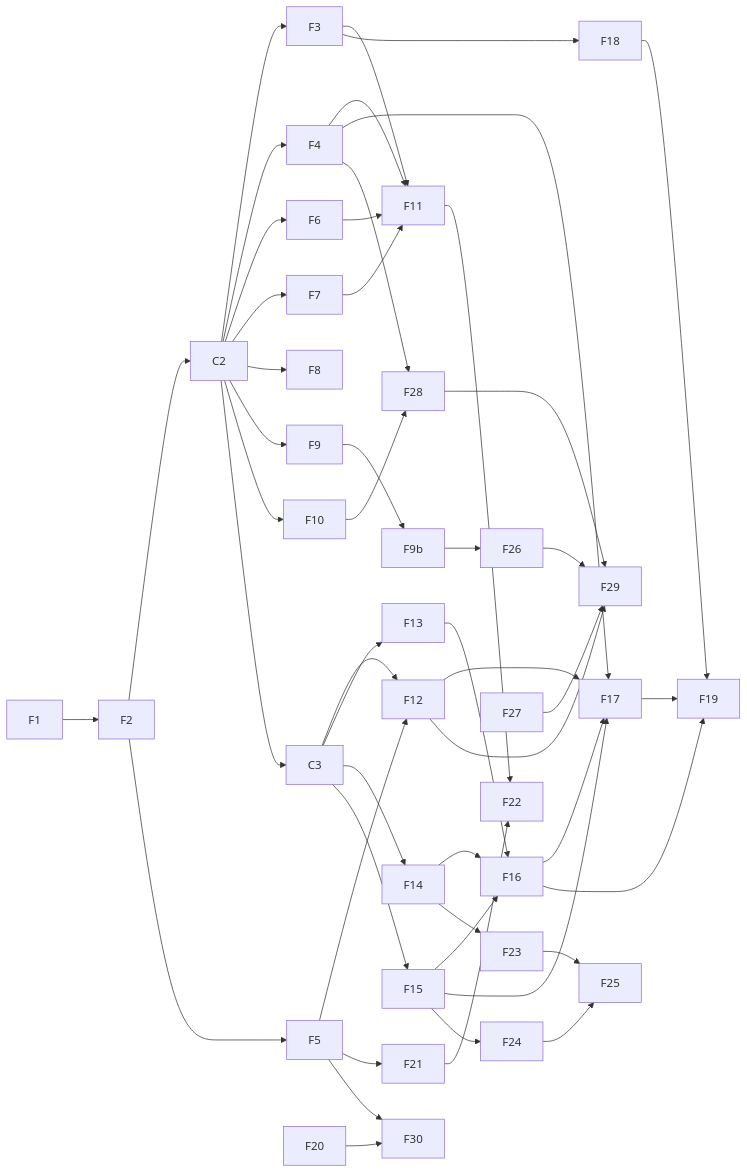
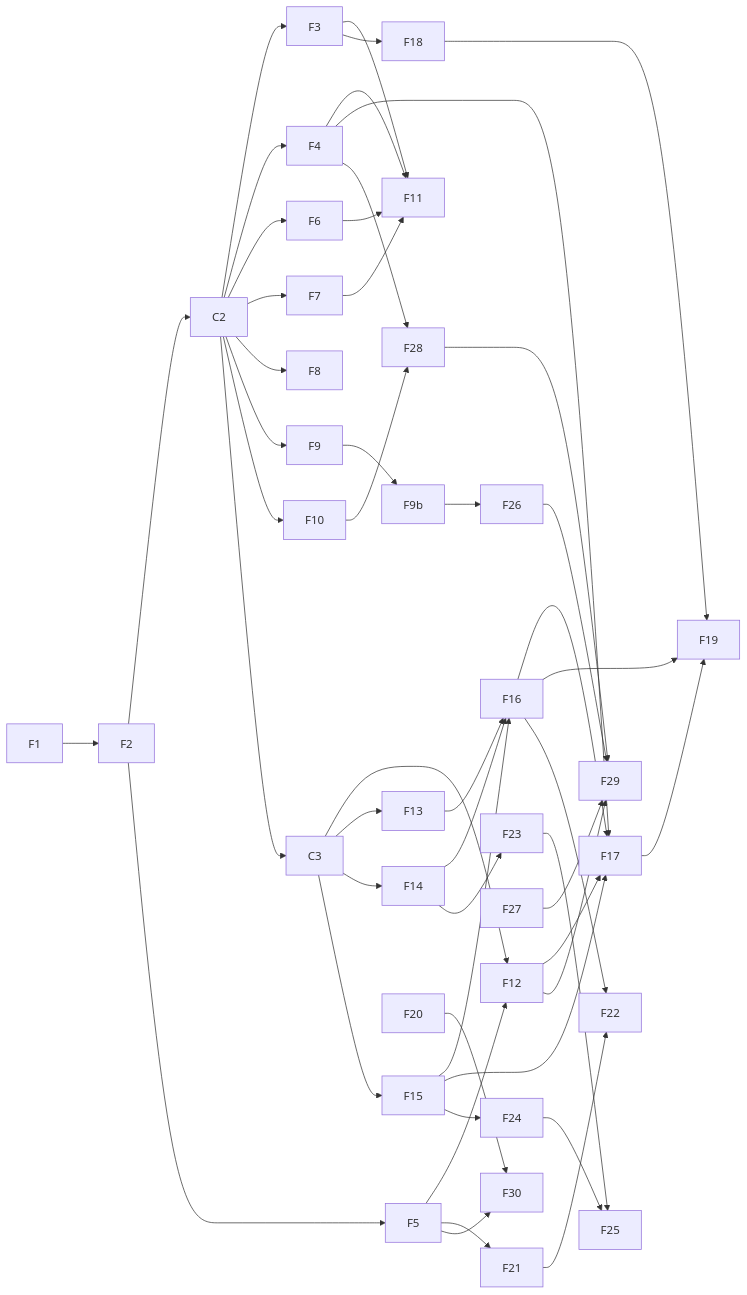
Before and after one commit to tallen12/contcheck: the diagram in design-docs/feature-plan.md, drawn with Mermaid. The commit also changed other lines of this file and 2 other files, not shown here.

Commit message:
docs(training): plan pretraining plus verified LLM-error fine-tuning
Replace the 70/30 rule/LLM data mix and corpus-wide LLM correction with two
training stages (design-docs/training-stages.md):

- Stage 1 pretrains on rule corruptions of mostly clean text, leaning on the
  generated story sources, without correcting the training split.
- Only the val and test documents are corrected before corruption, so
  measured precision is meaningful; splits hash doc_id, so they are known
  from the raw corpus.
- Stage 2 fine-tunes from the stage-1 checkpoint on a few thousand verified
  LLM-written errors with stage-1 replay, then optionally on judge-checked
  hard examples as supervised labels.

The doc records why RL with an LLM judge was rejected: per-word labels give
more signal, on-policy judging costs more LLM calls, and a flag-only judge
rewards flagging less. The implementation plan (1c, 3d, ablations, M5) and
F22 in the feature plan now point to the new stages.

````diff
--- a/design-docs/feature-plan.md
+++ b/design-docs/feature-plan.md
@@ -217,25 +217,25 @@
 ```mermaid
 flowchart LR
   F1 --> F2
   F2 --> C2
   C2 --> F3 & F4 & F6 & F7 & F8 & F9 & F10
   F2 --> F5
   F9 --> F9b
   F3 & F4 & F6 & F7 --> F11
   C2 --> C3
   F5 --> F12
   C3 --> F12 & F13 & F14 & F15
   F13 & F14 & F15 --> F16
   F12 & F15 & F16 & F4 --> F17
   F3 --> F18
   F18 & F16 & F17 --> F19
   F5 --> F21
-  F11 & F21 --> F22
+  F16 & F21 --> F22
   F14 --> F23
   F15 --> F24
   F23 & F24 --> F25
   F9b --> F26
   F4 & F10 --> F28
   F26 & F27 & F28 & F12 --> F29
   F20 & F5 --> F30
 ```
````
